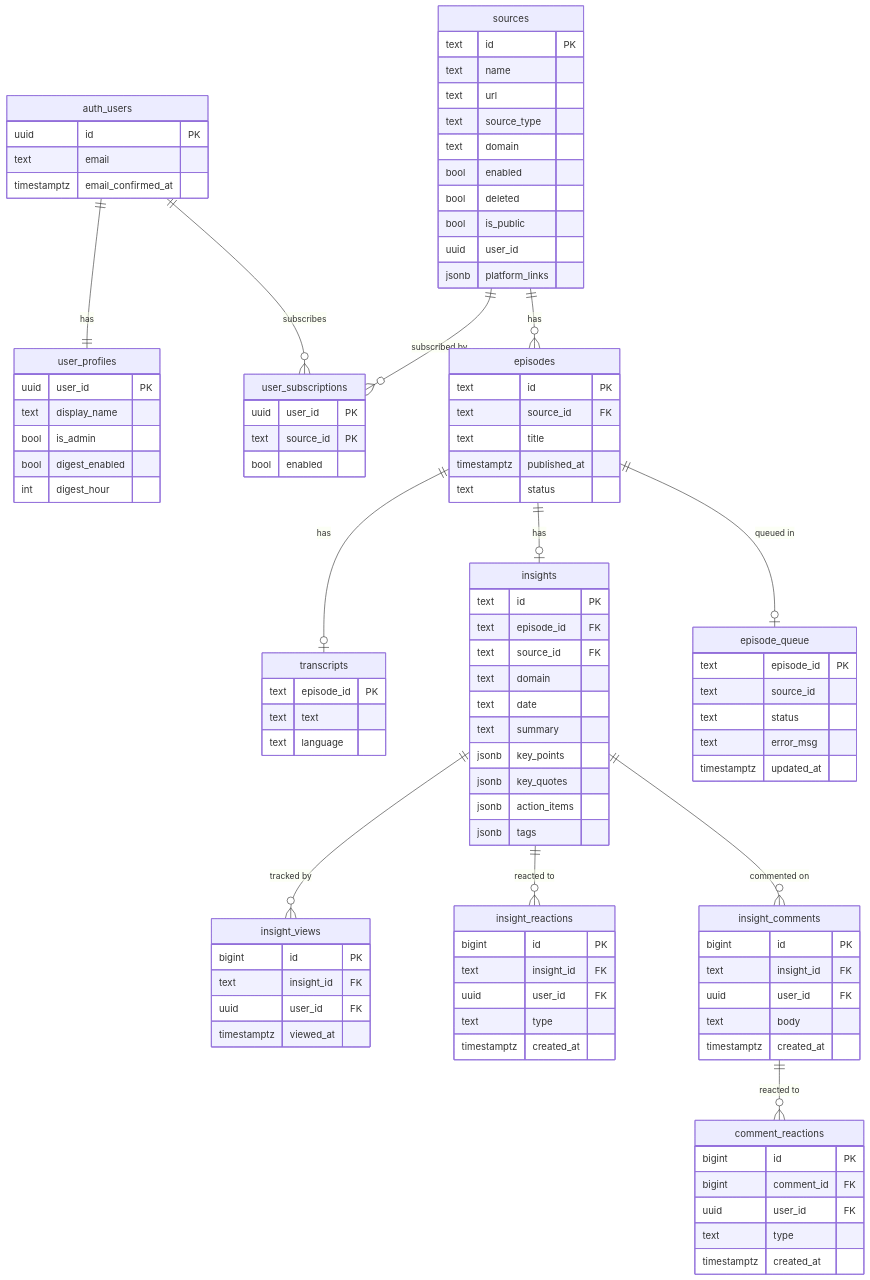
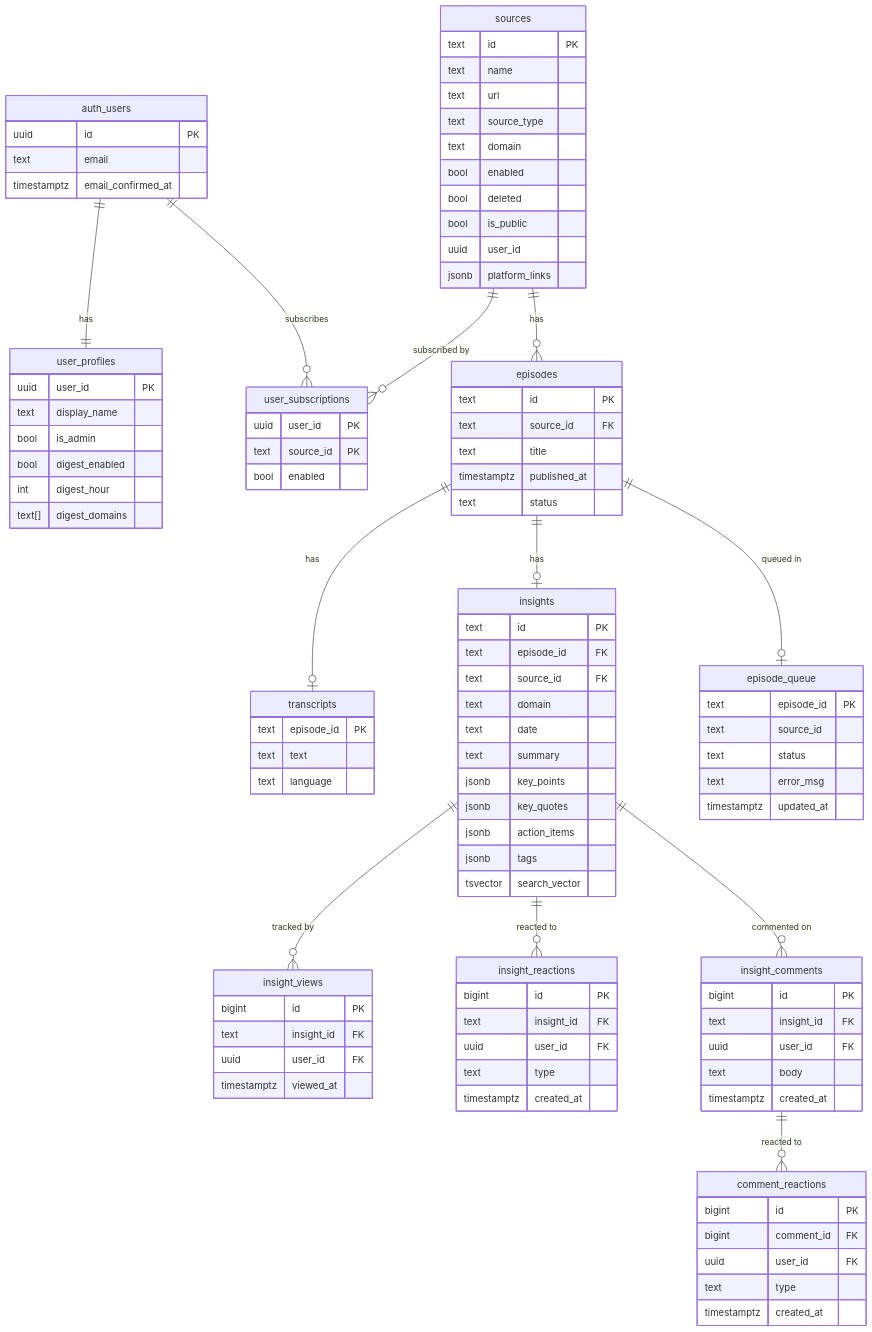
Before and after one commit to vtghub/PodcastsSummarizer: the second of 2 diagrams in docs/architecture.md, drawn with Mermaid. The commit also changed other lines of this file and 2 other files, not shown here.

```diff
--- a/docs/architecture.md
+++ b/docs/architecture.md
@@ -142,6 +147,7 @@
         bool is_admin
         bool digest_enabled
         int  digest_hour
+        text[] digest_domains
     }
     user_subscriptions {
         uuid user_id PK
@@ -183,6 +189,7 @@
         jsonb key_quotes
         jsonb action_items
         jsonb tags
+        tsvector search_vector
     }
 
     episode_queue {
```
